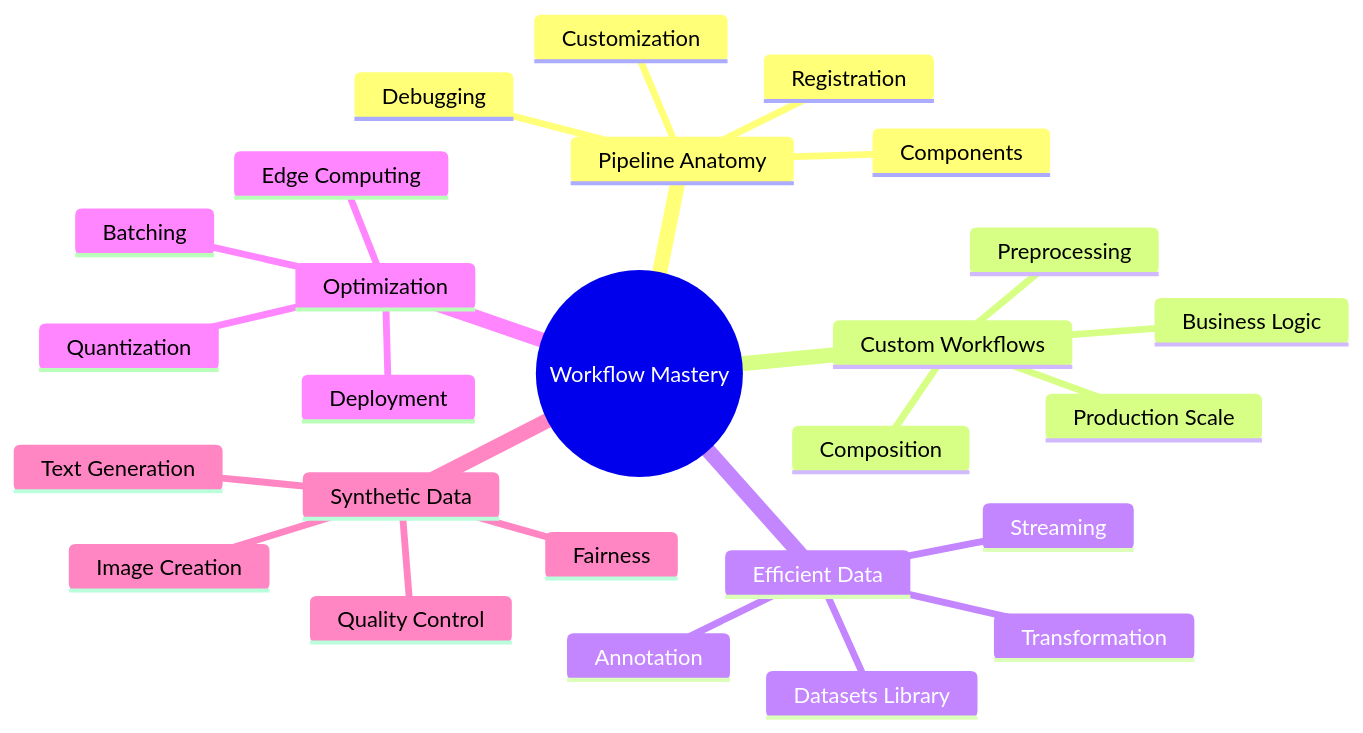
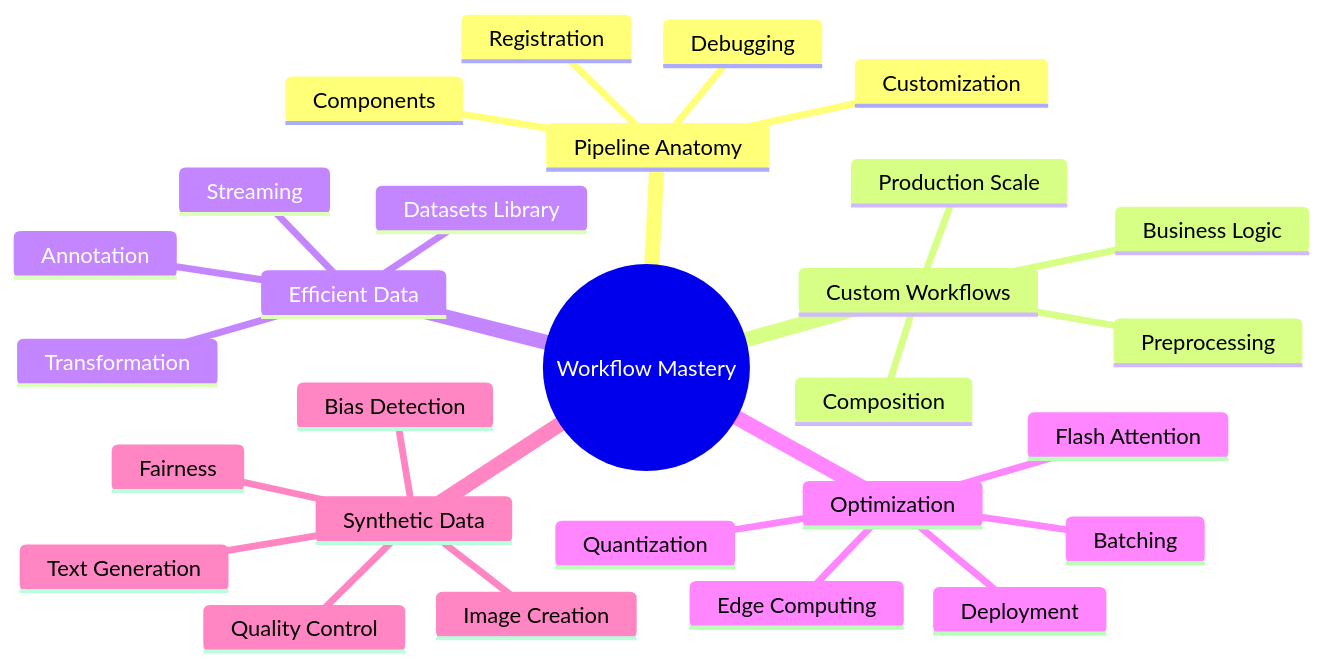
One commit to RichardHightower/art_hug_08 changed the first of 6 diagrams in docs/art_08_org.md. Above: the diagram before and after it, drawn with Mermaid. The commit also changed other lines of this file and 13 other files, not shown here.

````diff
--- a/docs/art_08_org.md
+++ b/docs/art_08_org.md
@@ -21,30 +21,32 @@
 ```mermaid
 mindmap
   root((Workflow Mastery))
     Pipeline Anatomy
       Components
       Customization
       Debugging
       Registration
     Custom Workflows
       Preprocessing
       Composition
       Business Logic
       Production Scale
     Efficient Data
       Datasets Library
       Streaming
       Transformation
       Annotation
     Optimization
       Batching
       Quantization
       Deployment
       Edge Computing
+      Flash Attention
     Synthetic Data
       Text Generation
       Image Creation
       Quality Control
       Fairness
+      Bias Detection
 
 ```
````
